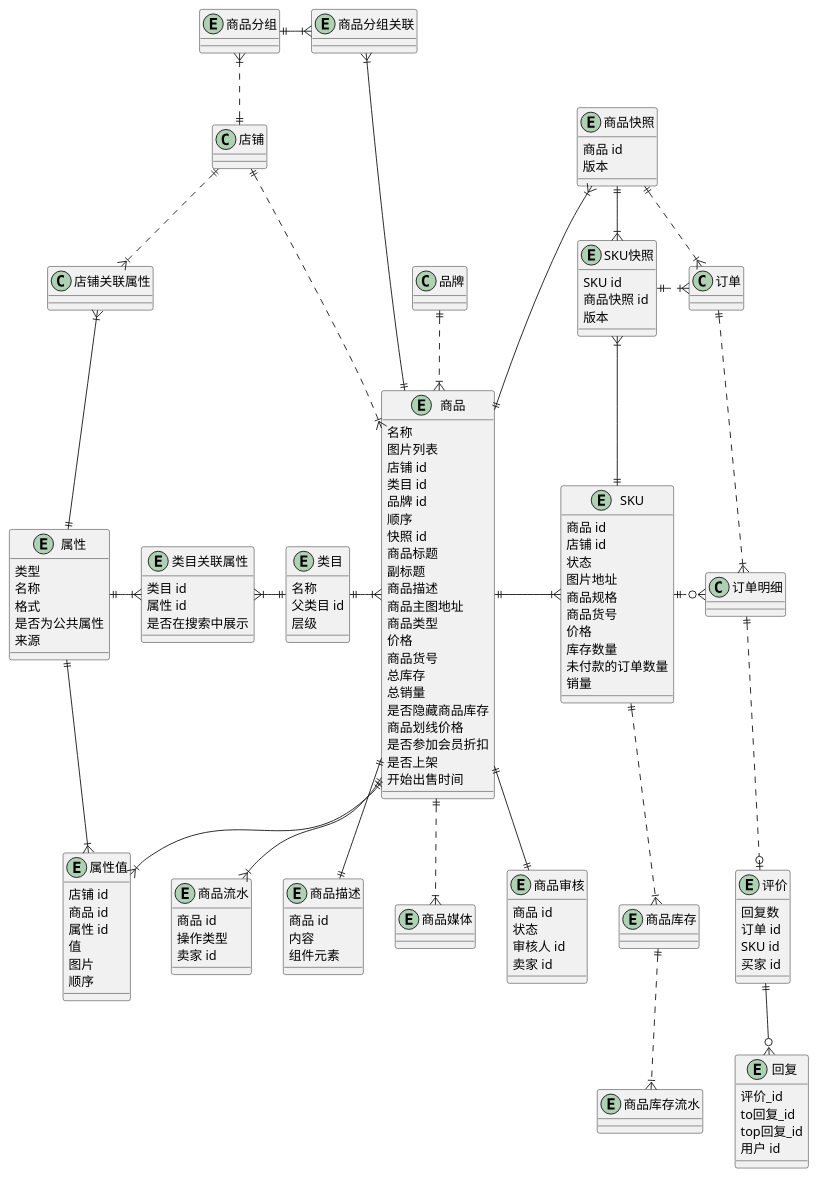
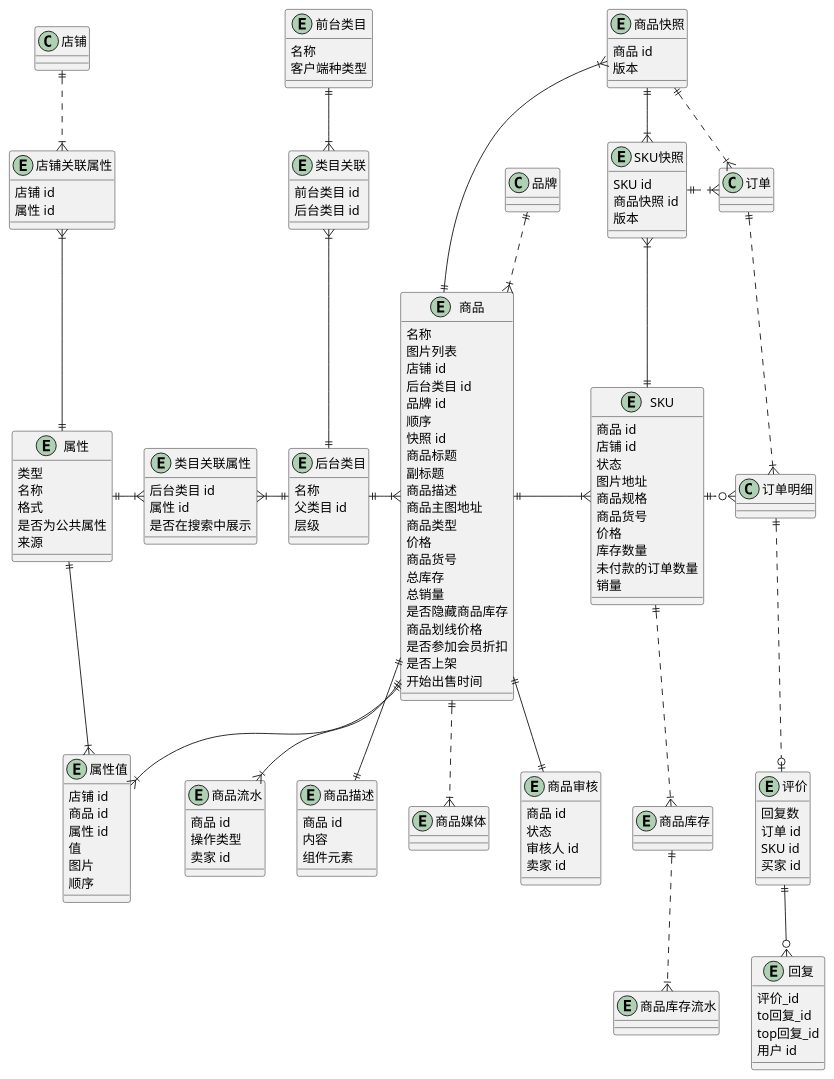
One commit to awesomecat2020/mock-mall changed the diagram in 商品.wsd. Above: the diagram before and after it, drawn with PlantUML. The commit also changed 1 other file, not shown here.

Commit message:
前台类目

```diff
--- a/商品.wsd
+++ b/商品.wsd
@@ -5,7 +5,7 @@
     名称
     图片列表
     店铺 id
-    类目 id
+    后台类目 id
     品牌 id
     顺序
     快照 id
@@ -47,10 +47,27 @@
     是否上架
     开始出售时间
 }
-entity 类目 {
+' 基础类目
+' 面向商家或供应链人员，不会轻易变更。
+' 如果类目下挂载有商品，就不能删除或作废。
+' 层次一般三层或四层，商品必须挂载于叶子类目下。
+entity 后台类目 {
     名称
     父类目 id
     层级
+}
+' 组合类目
+' 面向可买家，随时变动，定时生效。
+' 可支持不同客户端的设置，不同客户端的用户群体有差异
+' 前台类目对应后台的叶子类目和某项属性的组合。例如分类时选择奶粉中的1段、2段、3段等属性组成类目。
+entity 前台类目 {
+    名称
+    客户端种类型
+}
+' 前台类目：后台类目 = n：n
+entity 类目关联 {
+    前台类目 id
+    后台类目 id
 }
 entity 商品审核 {
     商品 id
@@ -72,27 +89,15 @@
 entity 商品媒体 {
     ' 暂不做
 }
-entity 商品分组 {
 
-}
-entity 商品分组关联 {
-
-}
-' entity 后台类目 {
-' 
-' }
-
-店铺 ||..|{ 商品
 商品 }|.u.|| 品牌
-类目 ||-|{ 商品
+后台类目 ||-|{ 商品
+前台类目 ||--|{ 类目关联
+类目关联 }|--|| 后台类目
 商品 ||--|| 商品审核
 商品 ||--|{ 商品流水
 商品 ||--|| 商品描述
 商品 ||..|{ 商品媒体
-' 分组
-店铺 ||.u.|{ 商品分组
-商品分组关联 }|-l-|| 商品分组
-商品 ||-u-|{ 商品分组关联
 
 
 ' ==================== 订单 ====================
@@ -139,8 +144,8 @@
 商品快照 ||.|{ 订单
 
 ' ==================== 属性 ====================
+' 展示某个类目下的当前店铺持有的属性
 entity 属性 {
-    ' 类目不同，属性不同
     ' 销售属性/关键属性/非关键属性
     类型
     名称
@@ -151,8 +156,9 @@
     ' 系统生成/商家自定义
     来源
 }
+' 类目自带属性
 entity 类目关联属性 {
-    类目 id
+    后台类目 id
     属性 id
     是否在搜索中展示
 }
@@ -164,9 +170,14 @@
     图片
     顺序
 }
+' 店铺自定义属性
+entity 店铺关联属性 {
+    店铺 id
+    属性 id
+}
 
 属性 ||-|{ 类目关联属性
-类目关联属性 }|-|| 类目
+类目关联属性 }|-|| 后台类目
 属性 ||--|{ 属性值
 商品 ||--|{ 属性值
 店铺 ||..|{ 店铺关联属性
```
